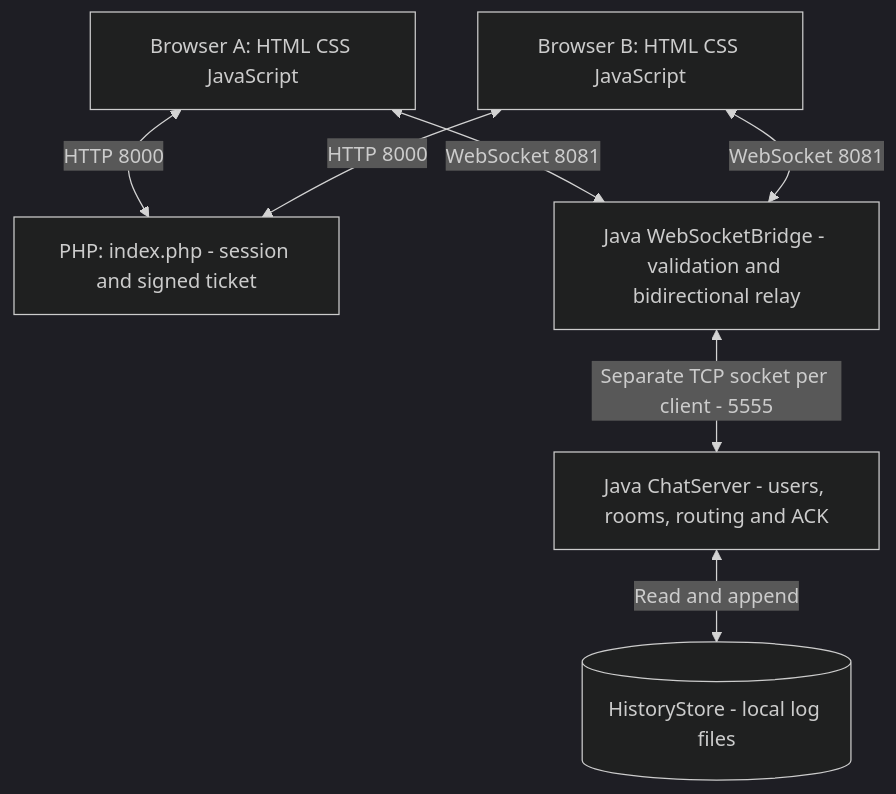
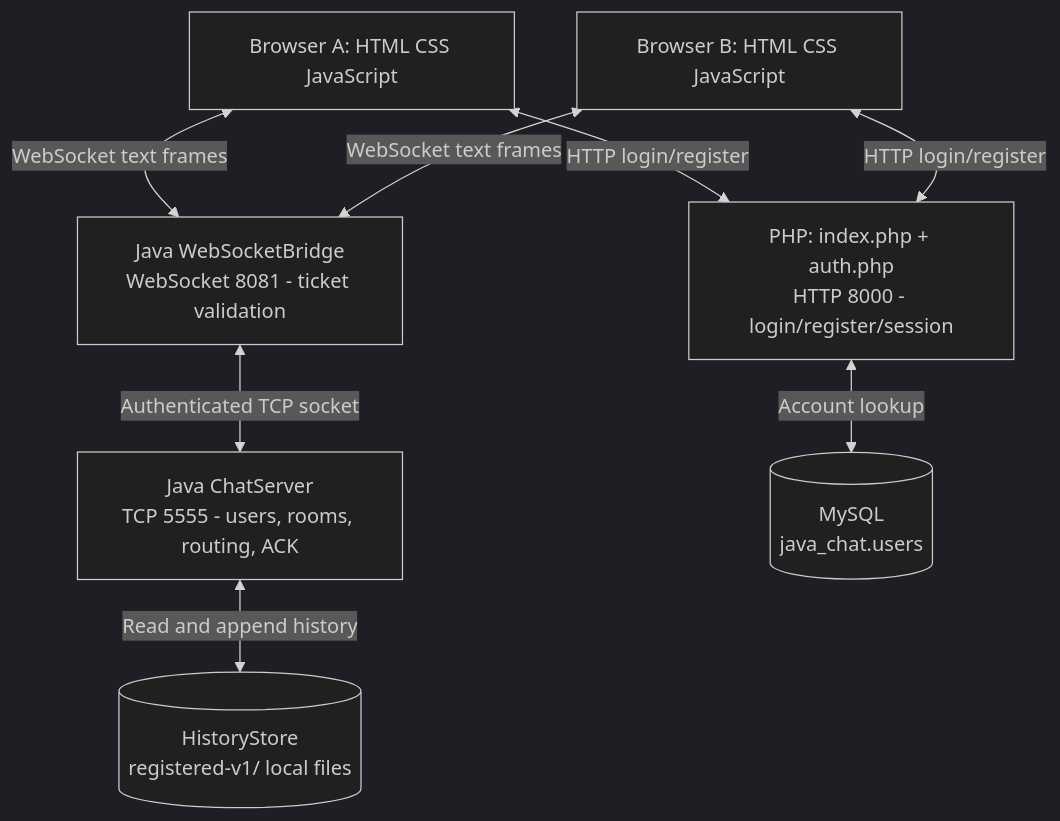
Before and after one commit to officallyariana/java-chat-web: the first of 3 diagrams in README.md, drawn with Mermaid (dark theme). The commit also changed other lines of this file, not shown here.

First line of the commit message:
Document account-based chat setup and architecture

````diff
--- a/README.md
+++ b/README.md
@@ -95,15 +245,17 @@
 ```mermaid
 flowchart TD
     A[Browser A: HTML CSS JavaScript]
     B[Browser B: HTML CSS JavaScript]
-    P[PHP: index.php - session and signed ticket]
-    W[Java WebSocketBridge - validation and bidirectional relay]
-    S[Java ChatServer - users, rooms, routing and ACK]
-    H[(HistoryStore - local log files)]
-    A <-->|HTTP 8000| P
-    B <-->|HTTP 8000| P
-    A <-->|WebSocket 8081| W
-    B <-->|WebSocket 8081| W
-    W <-->|Separate TCP socket per client - 5555| S
-    S <-->|Read and append| H
+    P[PHP: index.php + auth.php<br/>HTTP 8000 - login/register/session]
+    W[Java WebSocketBridge<br/>WebSocket 8081 - ticket validation]
+    S[Java ChatServer<br/>TCP 5555 - users, rooms, routing, ACK]
+    H[(HistoryStore<br/>registered-v1/ local files)]
+    D[(MySQL<br/>java_chat.users)]
+    A <-->|HTTP login/register| P
+    B <-->|HTTP login/register| P
+    A <-->|WebSocket text frames| W
+    B <-->|WebSocket text frames| W
+    W <-->|Authenticated TCP socket| S
+    P <-->|Account lookup| D
+    S <-->|Read and append history| H
 ```
````
